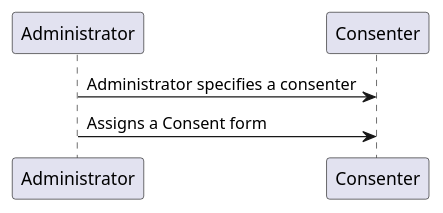
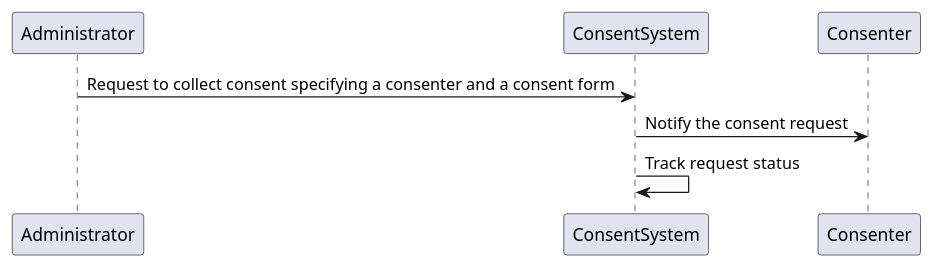
Before and after one commit to HL7/fhir-consent-management: the diagram in input/images-source/request-consent-sequence.plantuml, drawn with PlantUML. The commit also changed 6 other files, not shown here.

Commit message:
update to sequence diagrams to add more accuracy

```diff
--- a/input/images-source/request-consent-sequence.plantuml
+++ b/input/images-source/request-consent-sequence.plantuml
@@ -1,4 +1,5 @@
 @startuml
-Administrator -> Consenter: Administrator specifies a consenter
-Administrator -> Consenter: Assigns a Consent form
+Administrator -> ConsentSystem: Request to collect consent specifying a consenter and a consent form
+ConsentSystem -> Consenter: Notify the consent request
+ConsentSystem -> ConsentSystem: Track request status
 @enduml
```
